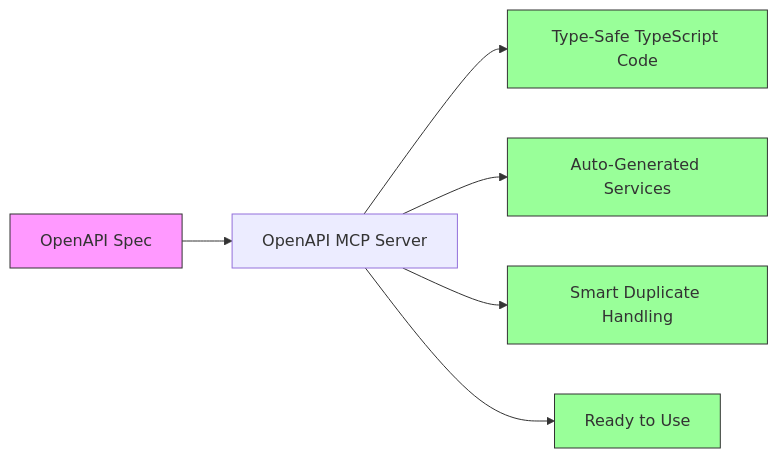
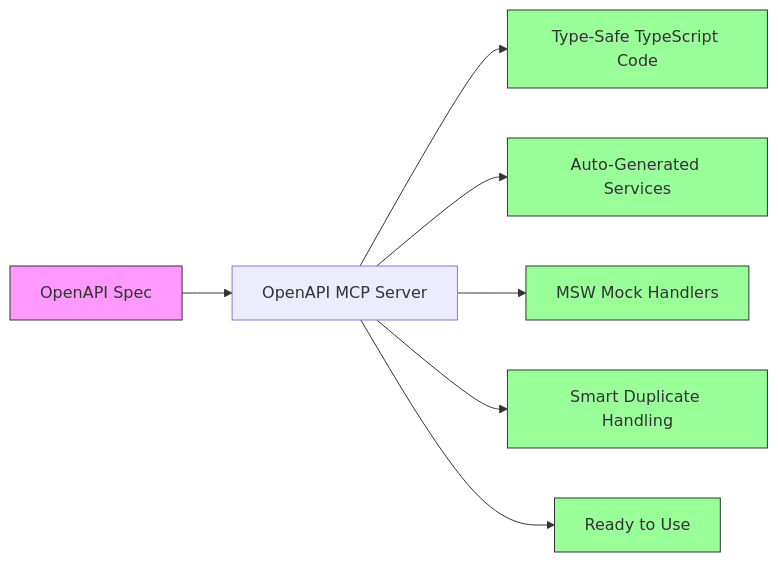
One commit to dianramdhani/openapi-mcp changed the first of 8 diagrams in README.md. Above: the diagram before and after it, drawn with Mermaid. The commit also changed other lines of this file and 11 other files, not shown here.

````diff
--- a/README.md
+++ b/README.md
@@ -9,14 +9,16 @@
 ```mermaid
 flowchart LR
     A[OpenAPI Spec] --> B[OpenAPI MCP Server]
     B --> C[Type-Safe TypeScript Code]
     B --> D[Auto-Generated Services]
-    B --> E[Smart Duplicate Handling]
-    B --> F[Ready to Use]
+    B --> E[MSW Mock Handlers]
+    B --> F[Smart Duplicate Handling]
+    B --> G[Ready to Use]
     
     style A fill:#f9f,stroke:#333
     style C fill:#9f9,stroke:#333
     style D fill:#9f9,stroke:#333
     style E fill:#9f9,stroke:#333
     style F fill:#9f9,stroke:#333
+    style G fill:#9f9,stroke:#333
 ```
````
